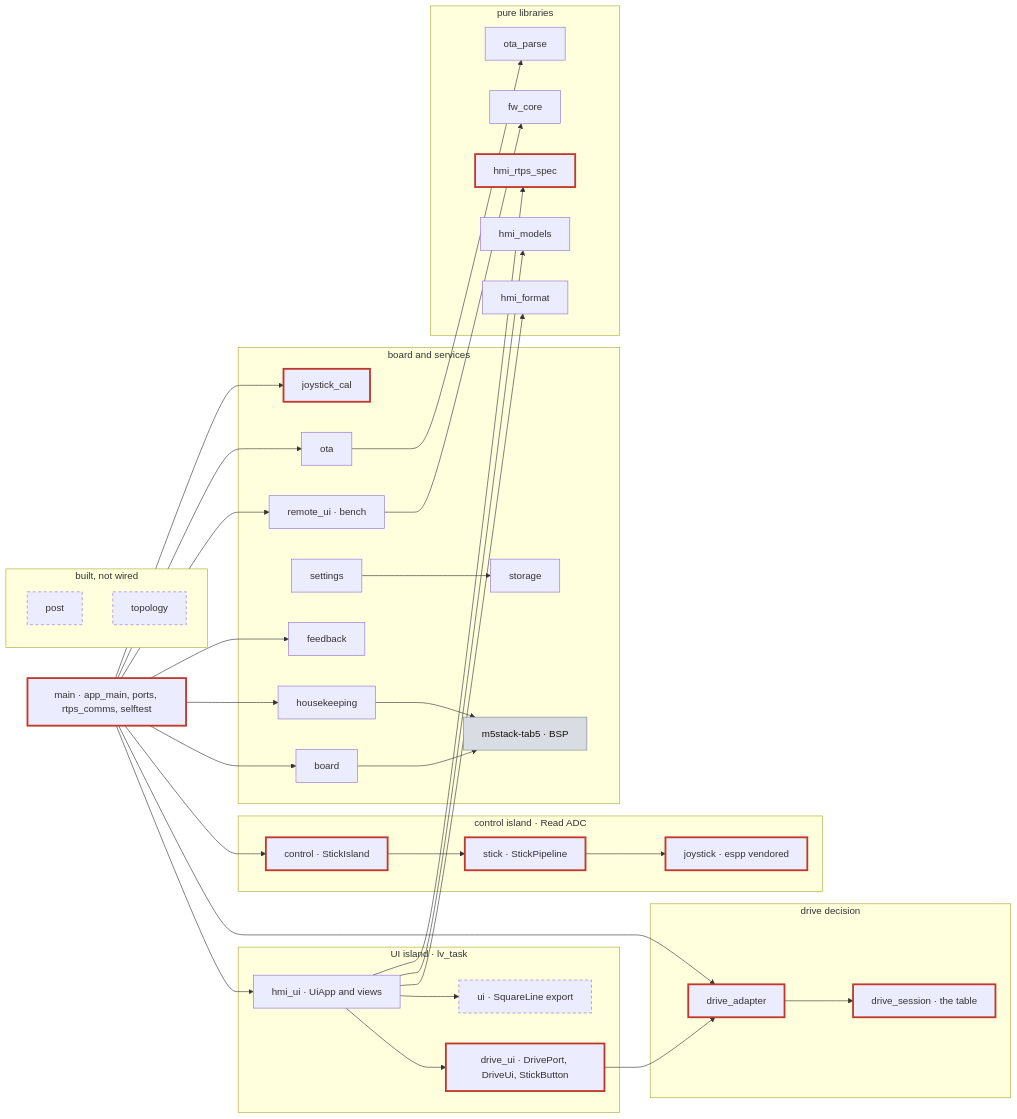
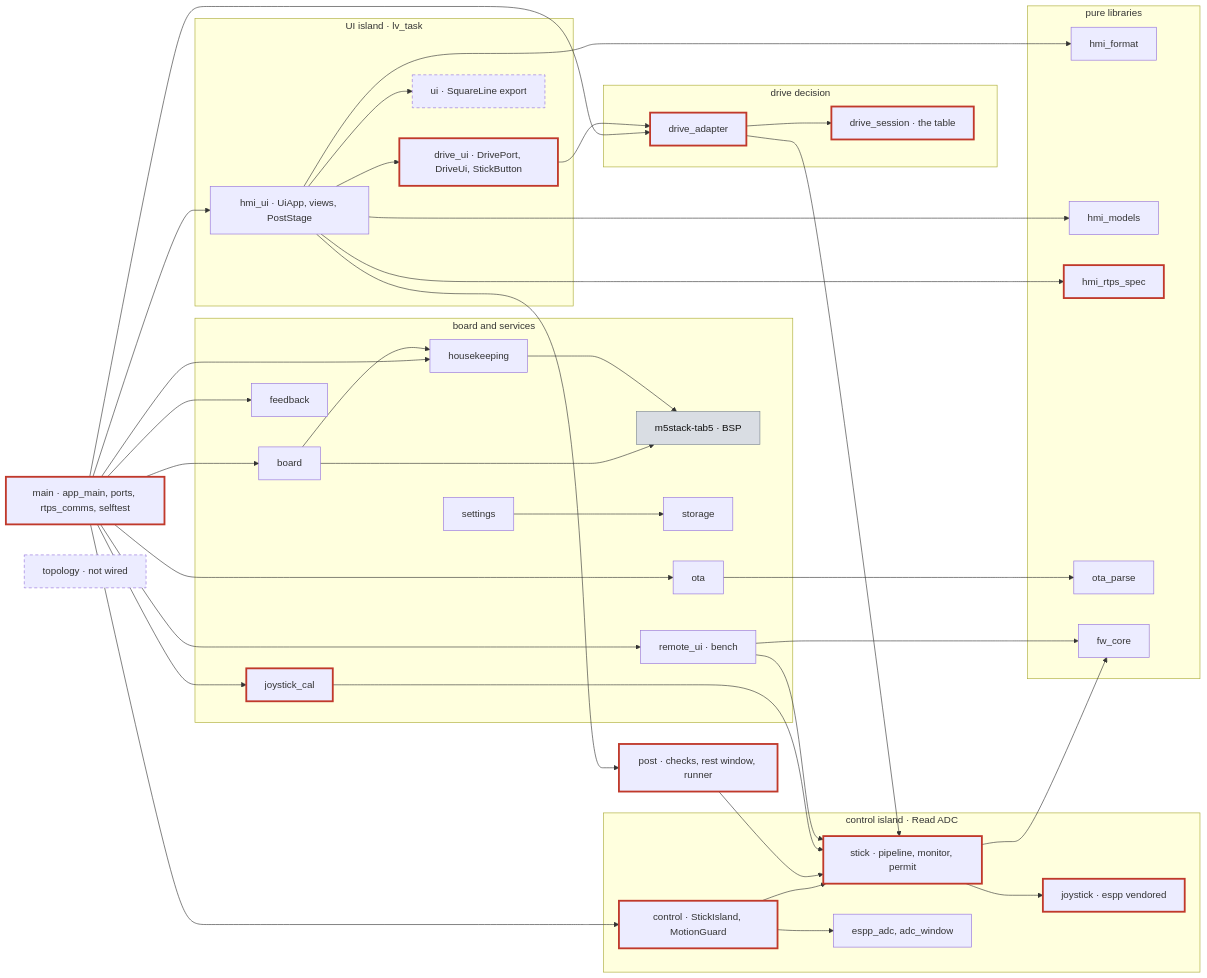
Before and after one commit to rammp-org/pace-hmi-fw: the first of 8 diagrams in docs/how-the-firmware-works.md, drawn with Mermaid. The commit also changed other lines of this file and 7 other files, not shown here.

````diff
--- a/docs/how-the-firmware-works.md
+++ b/docs/how-the-firmware-works.md
@@ -113,65 +130,72 @@
 ```mermaid
 flowchart LR
   main["main · app_main, ports, rtps_comms, selftest"]:::safety
   subgraph ui["UI island · lv_task"]
-    hmi_ui["hmi_ui · UiApp and views"]
+    hmi_ui["hmi_ui · UiApp, views, PostStage"]
     drive_ui["drive_ui · DrivePort, DriveUi, StickButton"]:::safety
     gen["ui · SquareLine export"]:::gen
   end
   subgraph drive["drive decision"]
     adapter["drive_adapter"]:::safety
     session["drive_session · the table"]:::safety
   end
   subgraph ctl["control island · Read ADC"]
-    control["control · StickIsland"]:::safety
-    stick["stick · StickPipeline"]:::safety
+    control["control · StickIsland, MotionGuard"]:::safety
+    stick["stick · pipeline, monitor, permit"]:::safety
+    adcw["espp_adc, adc_window"]
     joystick["joystick · espp vendored"]:::safety
   end
+  post["post · checks, rest window, runner"]:::safety
   subgraph svc["board and services"]
     board["board"]
     bsp["m5stack-tab5 · BSP"]:::hw
     hk["housekeeping"]
     fb["feedback"]
     settings["settings"]
     storage["storage"]
     ota["ota"]
     rui["remote_ui · bench"]
     cal["joystick_cal"]:::safety
   end
   subgraph pure["pure libraries"]
     fmt["hmi_format"]
     models["hmi_models"]
     spec["hmi_rtps_spec"]:::safety
     otap["ota_parse"]
     fwc["fw_core"]
   end
-  subgraph off["built, not wired"]
-    post["post"]:::gen
-    topo["topology"]:::gen
-  end
+  topo["topology · not wired"]:::gen
   main --> hmi_ui
   main --> adapter
   main --> control
   main --> board
   main --> hk
   main --> fb
   main --> rui
   main --> ota
   main --> cal
   hmi_ui --> drive_ui
+  hmi_ui --> post
   hmi_ui --> gen
   drive_ui --> adapter
   adapter --> session
+  adapter --> stick
   control --> stick --> joystick
+  control --> adcw
+  stick --> fwc
+  post --> stick
+  cal --> stick
   board --> bsp
+  board --> hk
   hk --> bsp
   settings --> storage
   ota --> otap
   hmi_ui --> fmt
   hmi_ui --> models
   hmi_ui --> spec
   rui --> fwc
+  rui --> stick
   classDef hw fill:#d9dde3,stroke:#7a8590,color:#111
   classDef safety stroke:#c0392b,stroke-width:3px
   classDef gen stroke-dasharray:5 4
 ```
````
